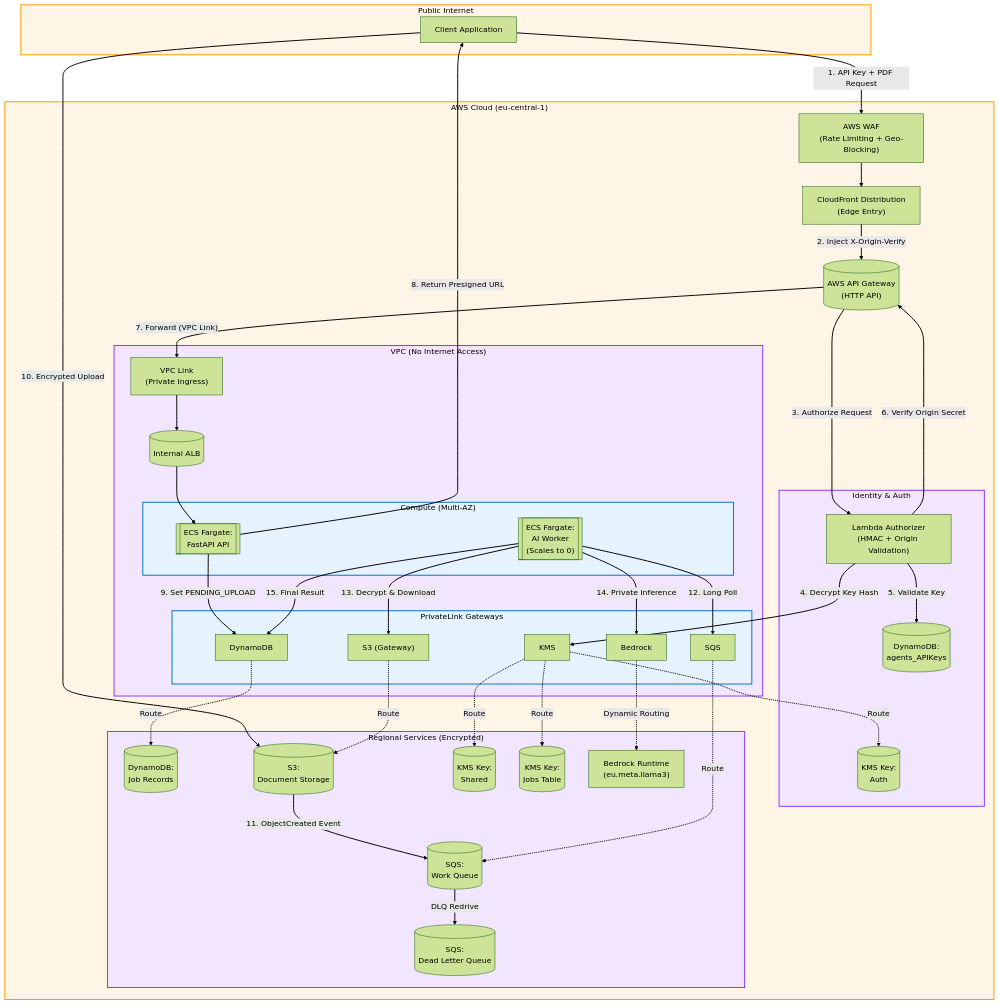
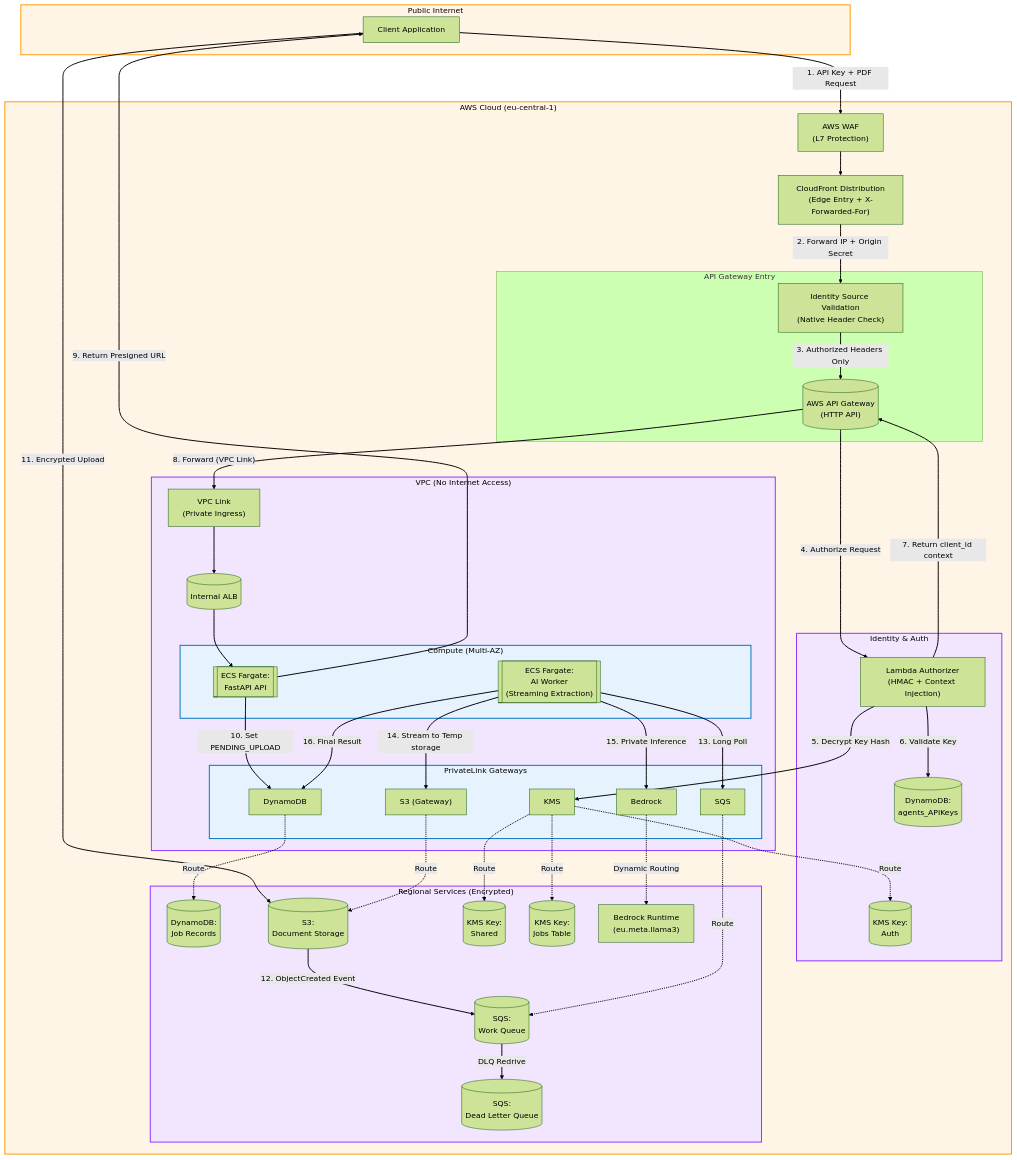
One commit to SteliosSpanos/secure-agents changed the diagram in README.md. Above: the diagram before and after it, drawn with Mermaid (forest theme). The commit also changed other lines of this file, not shown here.

Commit message:
Updates with additions

````diff
--- a/README.md
+++ b/README.md
@@ -46,6 +45,6 @@
 ```mermaid
 graph TD
-  %% Define Styles (Reverted to Old Coloring Scheme)
+  %% Define Styles
   classDef orange fill:#fff5e6,stroke:#ff9900,stroke-width:2px,color:#000;
   classDef purple fill:#f2e6ff,stroke:#8c33ff,stroke-width:2px,color:#000;
   classDef blue fill:#e6f3ff,stroke:#0073bb,stroke-width:2px,color:#000;
@@ -58,12 +57,16 @@
   class PublicInternet orange;
 
   subgraph AWSCloud["AWS Cloud (eu-central-1)"]
-    WAF["AWS WAF<br>(Rate Limiting + Geo-Blocking)"]
-    CloudFront["CloudFront Distribution<br>(Edge Entry)"]
-    APIGW[("AWS API Gateway<br>(HTTP API)")]
+    WAF["AWS WAF<br>(L7 Protection)"]
+    CloudFront["CloudFront Distribution<br>(Edge Entry + X-Forwarded-For)"]
+    
+    subgraph APIGatewayChain["API Gateway Entry"]
+      APIGW[("AWS API Gateway<br>(HTTP API)")]
+      IdentityCheck["Identity Source Validation<br>(Native Header Check)"]
+    end
 
     subgraph AuthLayer["Identity & Auth"]
-      Authorizer["Lambda Authorizer<br>(HMAC + Origin Validation)"]
+      Authorizer["Lambda Authorizer<br>(HMAC + Context Injection)"]
       ApiKeysTable[("DynamoDB:<br>agents_APIKeys")]
       KmsAuth[("KMS Key:<br>Auth")]
     end
@@ -95,7 +98,7 @@
 
       subgraph PrivateSubnets["Compute (Multi-AZ)"]
         ApiService[["ECS Fargate:<br>FastAPI API"]]
-        WorkerService[["ECS Fargate:<br>AI Worker<br>(Scales to 0)"]]
+        WorkerService[["ECS Fargate:<br>AI Worker<br>(Streaming Extraction)"]]
       end
       class PrivateSubnets blue;
     end
@@ -105,28 +108,29 @@
 
   Client -- "1. API Key + PDF Request" --> WAF
   WAF --> CloudFront
-  CloudFront -- "2. Inject X-Origin-Verify" --> APIGW
-  APIGW -- "3. Authorize Request" --> Authorizer
-  Authorizer -- "4. Decrypt Key Hash" --> EndpointKMS
-  Authorizer -- "5. Validate Key" --> ApiKeysTable
-  Authorizer -- "6. Verify Origin Secret" --> APIGW
+  CloudFront -- "2. Forward IP + Origin Secret" --> IdentityCheck
+  IdentityCheck -- "3. Authorized Headers Only" --> APIGW
+  APIGW -- "4. Authorize Request" --> Authorizer
+  Authorizer -- "5. Decrypt Key Hash" --> EndpointKMS
+  Authorizer -- "6. Validate Key" --> ApiKeysTable
+  Authorizer -- "7. Return client_id context" --> APIGW
 
-  APIGW -- "7. Forward (VPC Link)" --> VpcLinkENI
+  APIGW -- "8. Forward (VPC Link)" --> VpcLinkENI
   VpcLinkENI --> InternalALB
   InternalALB --> ApiService
 
-  ApiService -- "8. Return Presigned URL" --> Client
-  ApiService -- "9. Set PENDING_UPLOAD" --> EndpointDynamoDB
+  ApiService -- "9. Return Presigned URL" --> Client
+  ApiService -- "10. Set PENDING_UPLOAD" --> EndpointDynamoDB
 
-  Client -- "10. Encrypted Upload" --> StorageBucket
-  StorageBucket -- "11. ObjectCreated Event" --> MainQueue
+  Client -- "11. Encrypted Upload" --> StorageBucket
+  StorageBucket -- "12. ObjectCreated Event" --> MainQueue
 
   MainQueue -- "DLQ Redrive" --> DlqQueue
 
-  WorkerService -- "12. Long Poll" --> EndpointSQS
-  WorkerService -- "13. Decrypt & Download" --> EndpointS3
-  WorkerService -- "14. Private Inference" --> EndpointBedrock
-  WorkerService -- "15. Final Result" --> EndpointDynamoDB
+  WorkerService -- "13. Long Poll" --> EndpointSQS
+  WorkerService -- "14. Stream to Temp storage" --> EndpointS3
+  WorkerService -- "15. Private Inference" --> EndpointBedrock
+  WorkerService -- "16. Final Result" --> EndpointDynamoDB
 
   %% Logical Routing via Endpoints
   EndpointDynamoDB -. "Route" .-> JobsTable
````
